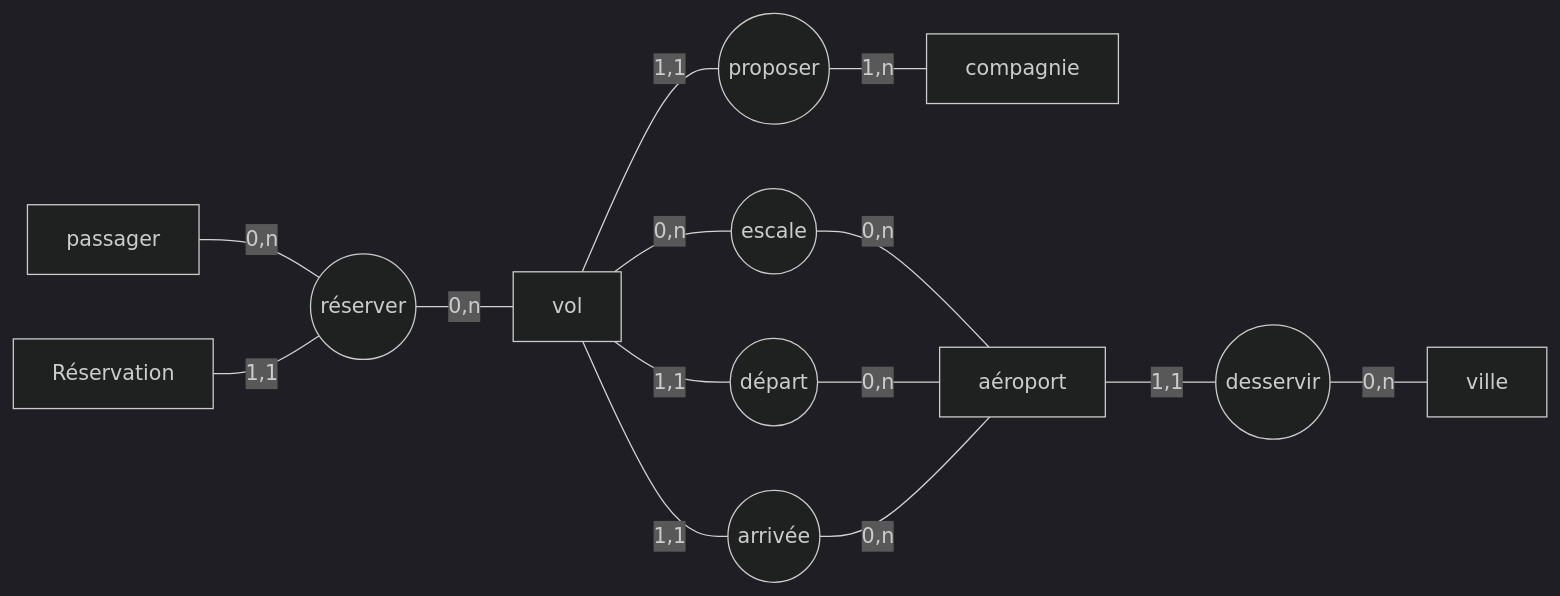
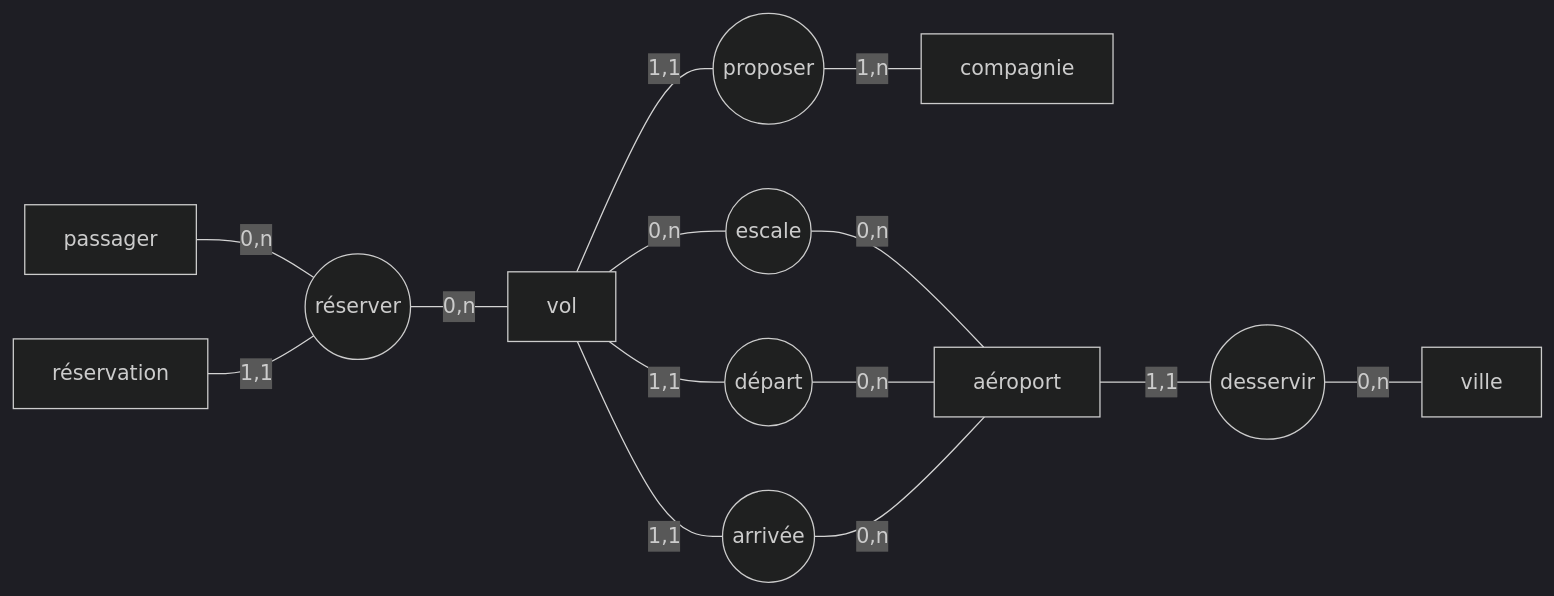
The diagram in travel.md (bedfir/travel), drawn with Mermaid (dark theme) before and after one commit.

````diff
--- a/travel.md
+++ b/travel.md
@@ -77,16 +77,16 @@
 ```mermaid
 graph LR
 A[passager] --0,n --- B((réserver))
 B --0,n --- D[vol]
-C[Réservation] --1,1 --- B
+C[réservation] --1,1 --- B
 D-- 1,1 ---E((proposer))
 E -- 1,n --- F[compagnie]
 D --1,1--- G((départ))
 D --1,1--- H((arrivée))
 D --0,n--- I((escale))
 I --0,n--- J[aéroport]
 G --0,n--- J
 H --0,n--- J
 J --1,1--- K((desservir))
 K --0,n---L[ville]
 ```
````
